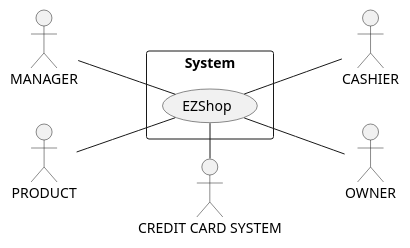
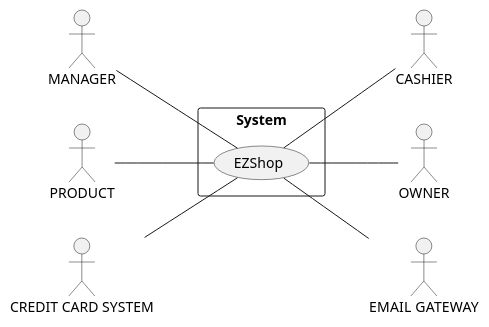
Before and after one commit to MatteoBattilana/EzShop: the first of 5 diagrams in Deliverables/RequirementsDocument.md, drawn with PlantUML. The commit also changed other lines of this file, not shown here.

Commit message:
docs: fixed errors in glossary, simplified system design and added the concept of email notification

````diff
--- a/Deliverables/RequirementsDocument.md
+++ b/Deliverables/RequirementsDocument.md
@@ -71,15 +72,16 @@
 ```plantuml
 @startuml
 left to right direction
 
 rectangle System {
   usecase "EZShop" AS S
 }
 
 CASHIER -up- S
 OWNER -up- S
 MANAGER -- S
 PRODUCT -- S
-:CREDIT CARD SYSTEM: -right- S
+:CREDIT CARD SYSTEM: -down- S
+:EMAIL GATEWAY: -up- S
 @enduml
 ```
````
